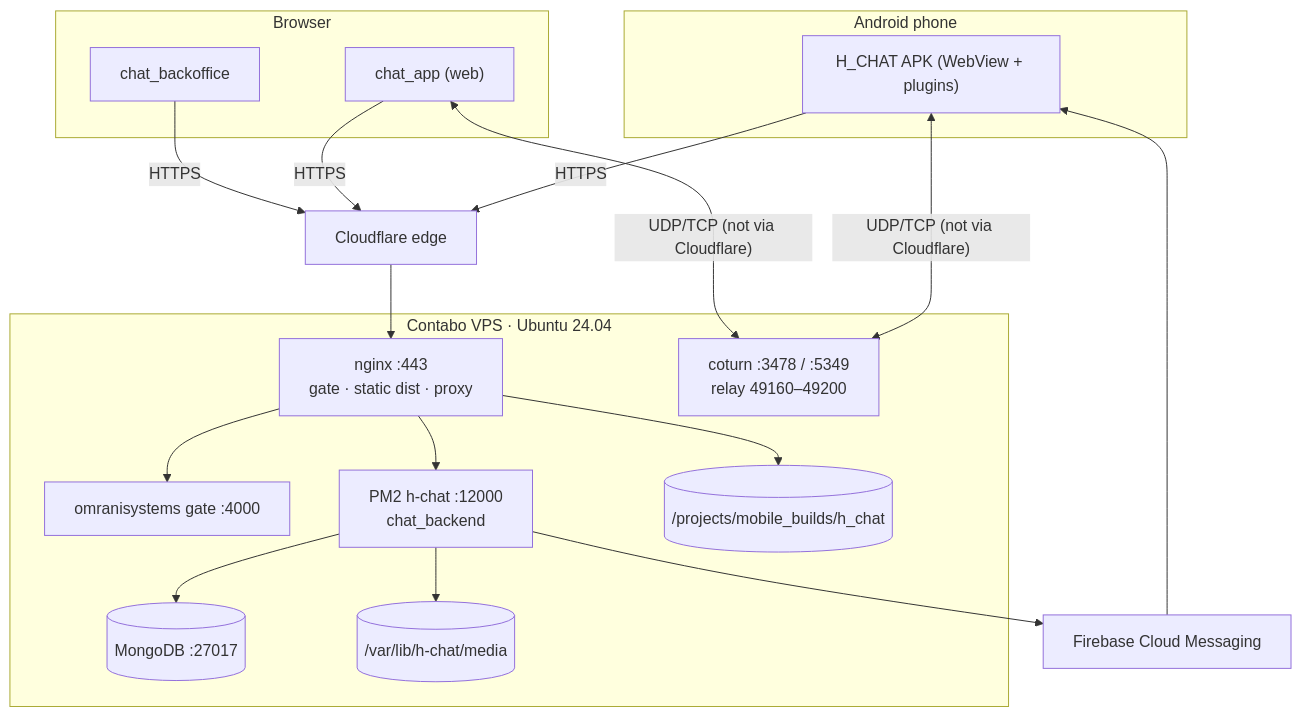
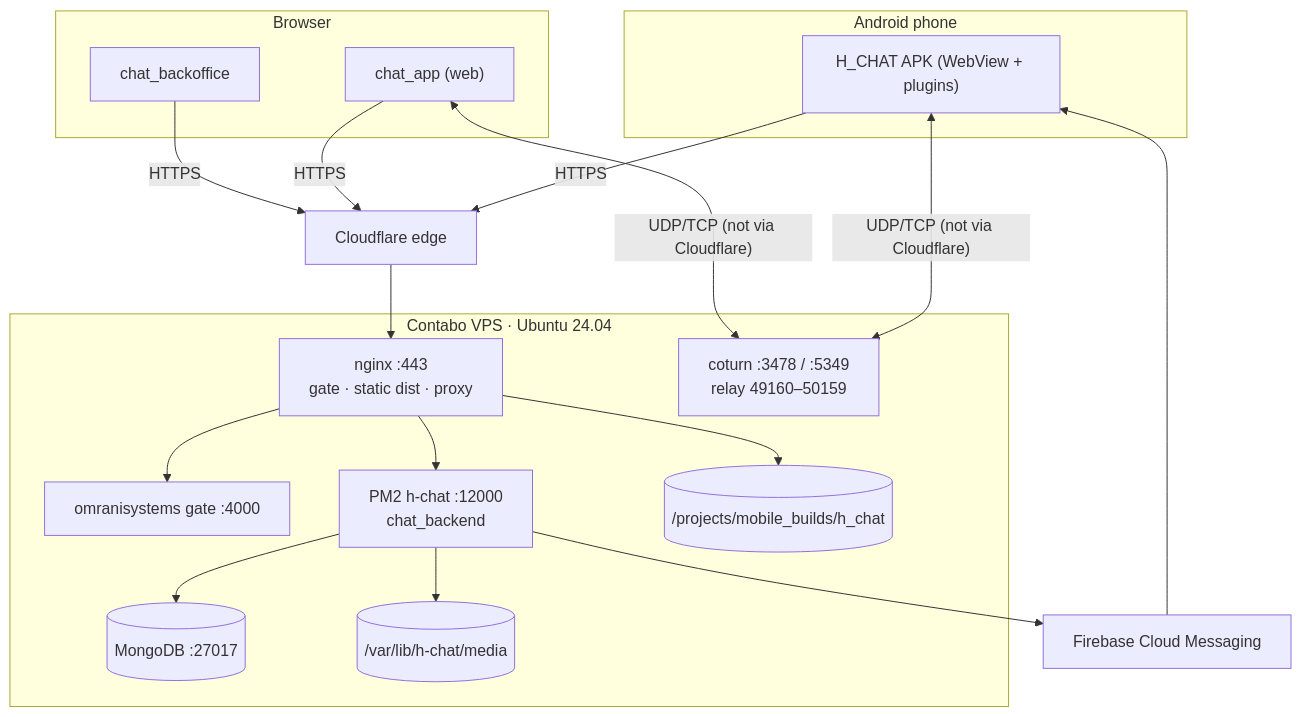
The tenth of 10 diagrams in documentation/src/11-uml.md (HamzaOMRANII/chat_backend), drawn with Mermaid before and after one commit. The commit also changed 17 other files, not shown here.

````diff
--- a/documentation/src/11-uml.md
+++ b/documentation/src/11-uml.md
@@ -326,29 +326,29 @@
 ```mermaid
 flowchart TB
   subgraph Phone["Android phone"]
     APK["H_CHAT APK (WebView + plugins)"]
   end
   subgraph PC["Browser"]
     WEB["chat_app (web)"]
     BO["chat_backoffice"]
   end
   CF["Cloudflare edge"]
   FB["Firebase Cloud Messaging"]
   subgraph VPS["Contabo VPS · Ubuntu 24.04"]
     NGINX["nginx :443<br/>gate · static dist · proxy"]
     GATE["omranisystems gate :4000"]
     NODE["PM2 h-chat :12000<br/>chat_backend"]
     MONGO[("MongoDB :27017")]
     DISK[("/var/lib/h-chat/media")]
-    TURN["coturn :3478 / :5349<br/>relay 49160–49200"]
+    TURN["coturn :3478 / :5349<br/>relay 49160–50159"]
     APKS[("/projects/mobile_builds/h_chat")]
   end
   APK & WEB & BO -->|HTTPS| CF --> NGINX
   NGINX --> GATE
   NGINX --> NODE
   NGINX --> APKS
   NODE --> MONGO
   NODE --> DISK
   NODE --> FB --> APK
   APK & WEB <-->|"UDP/TCP (not via Cloudflare)"| TURN
 ```
````
